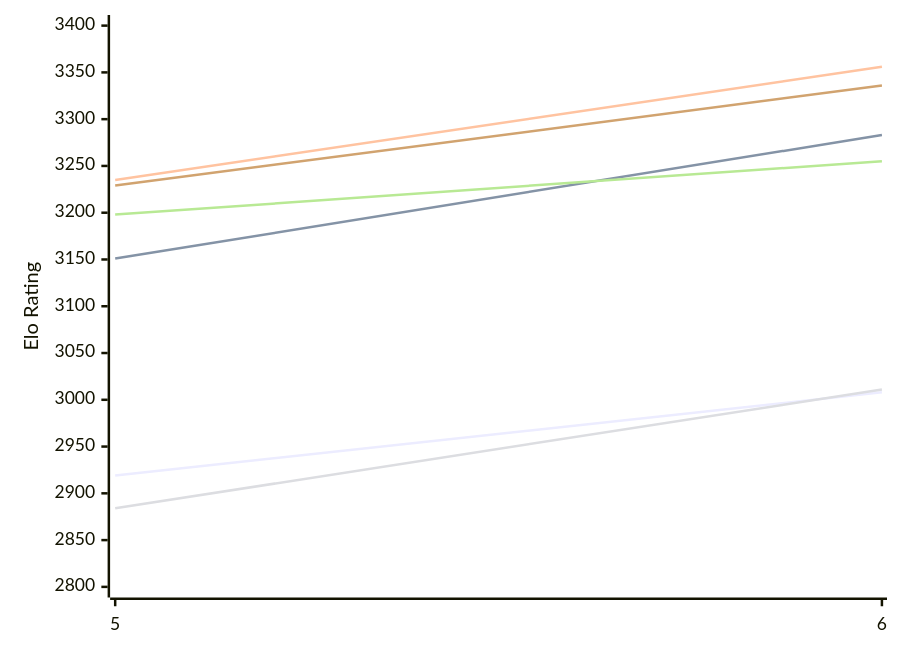
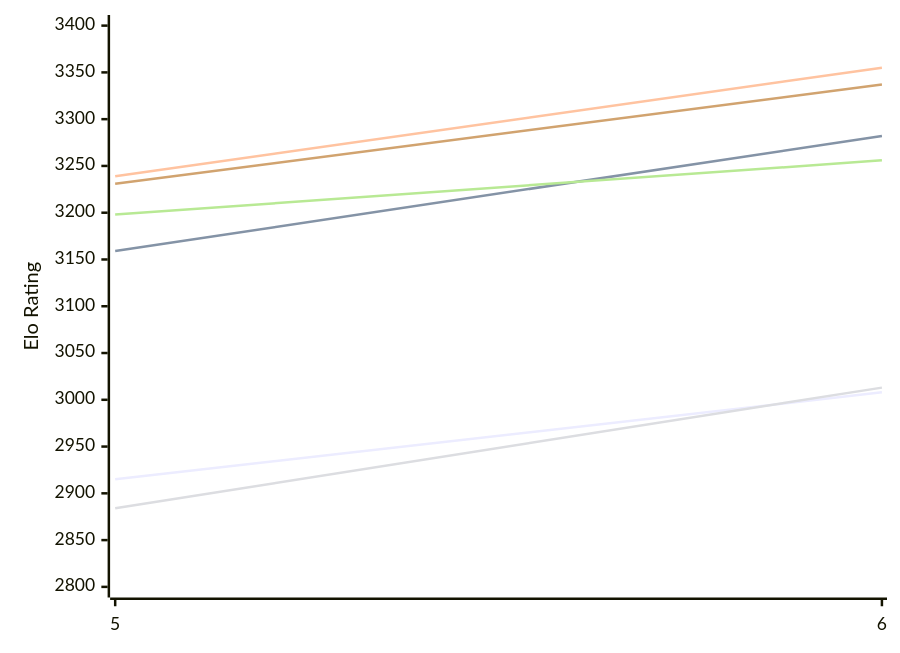
Before and after one commit to computer-chess-index/cci: the first of 2 diagrams in engines/Cwtch.md, drawn with Mermaid. The commit also changed other lines of this file, not shown here.

Commit message:
Update CCI Ratings (ELO VLTC) - 2026-11-28

````diff
--- a/engines/Cwtch.md
+++ b/engines/Cwtch.md
@@ -51,12 +51,12 @@
 ```mermaid
 %%{init: {"theme":"base","themeVariables":{"seriesColors:['#a3a3a3','#222221','#faa371']}}}%%
 xychart-beta
   x-axis ["5", "6"]
   y-axis "Elo Rating" 2800 --> 3400
-  line "E1: STC (8.0+0.08s)" [2919, 3008]
-  line "E1: LTC (60.0+0.60s)" [3151, 3283]
-  line "E1: VLTC (2m24s+1.12s)" [3235, 3356]
-  line "P1: STC (8.0+0.08s)" [2884, 3011]
-  line "P1: LTC (60.0+0.60s)" [3198, 3255]
-  line "P1: VLTC (2m24s+1.12s)" [3229, 3336]
+  line "E1: STC (8.0+0.08s)" [2915, 3008]
+  line "E1: LTC (60.0+0.60s)" [3159, 3282]
+  line "E1: VLTC (2m24s+1.12s)" [3239, 3355]
+  line "P1: STC (8.0+0.08s)" [2884, 3013]
+  line "P1: LTC (60.0+0.60s)" [3198, 3256]
+  line "P1: VLTC (2m24s+1.12s)" [3231, 3337]
 ```
````
